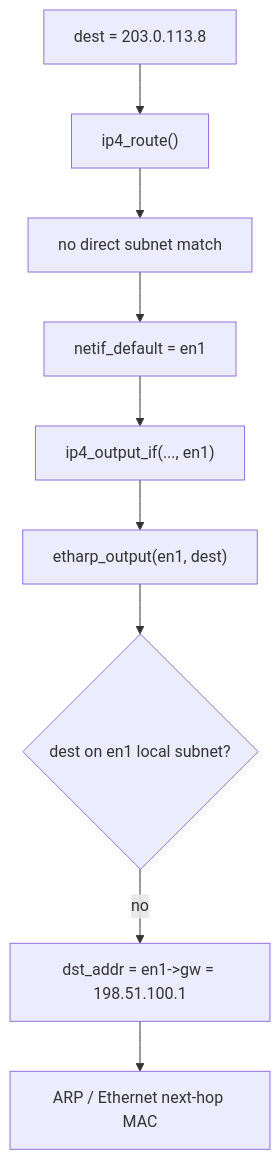
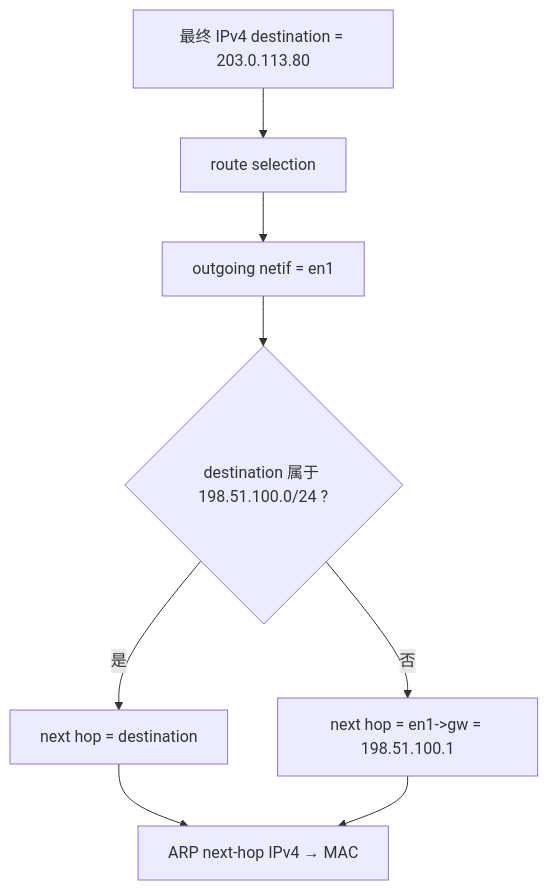
Before and after one commit to wdfk-prog/lwIP-Source-Lab: the second of 3 diagrams in docs/18-multi-netif-routing.md, drawn with Mermaid. The commit also changed other lines of this file and 2 other files, not shown here.

````diff
--- a/docs/18-multi-netif-routing.md
+++ b/docs/18-multi-netif-routing.md
@@ -559,11 +474,10 @@
 ```mermaid
 flowchart TD
-    A["dest = 203.0.113.8"] --> B["ip4_route()"]
-    B --> C["no direct subnet match"]
-    C --> D["netif_default = en1"]
-    D --> E["ip4_output_if(..., en1)"]
-    E --> F["etharp_output(en1, dest)"]
-    F --> G{"dest on en1 local subnet?"}
-    G -->|no| H["dst_addr = en1->gw = 198.51.100.1"]
-    H --> I["ARP / Ethernet next-hop MAC"]
+    A["最终 IPv4 destination = 203.0.113.80"] --> B["route selection"]
+    B --> C["outgoing netif = en1"]
+    C --> D{"destination 属于 198.51.100.0/24 ?"}
+    D -->|是| E["next hop = destination"]
+    D -->|否| F["next hop = en1->gw = 198.51.100.1"]
+    E --> G["ARP next-hop IPv4 → MAC"]
+    F --> G
 ```
````
